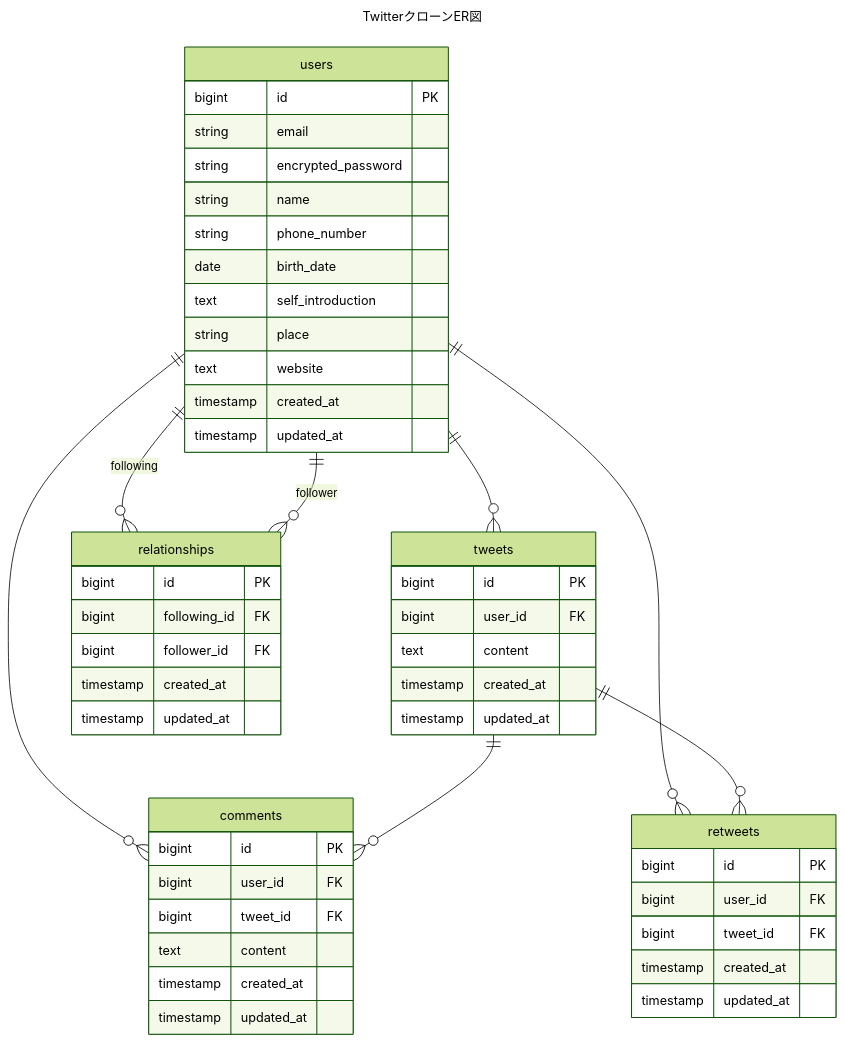
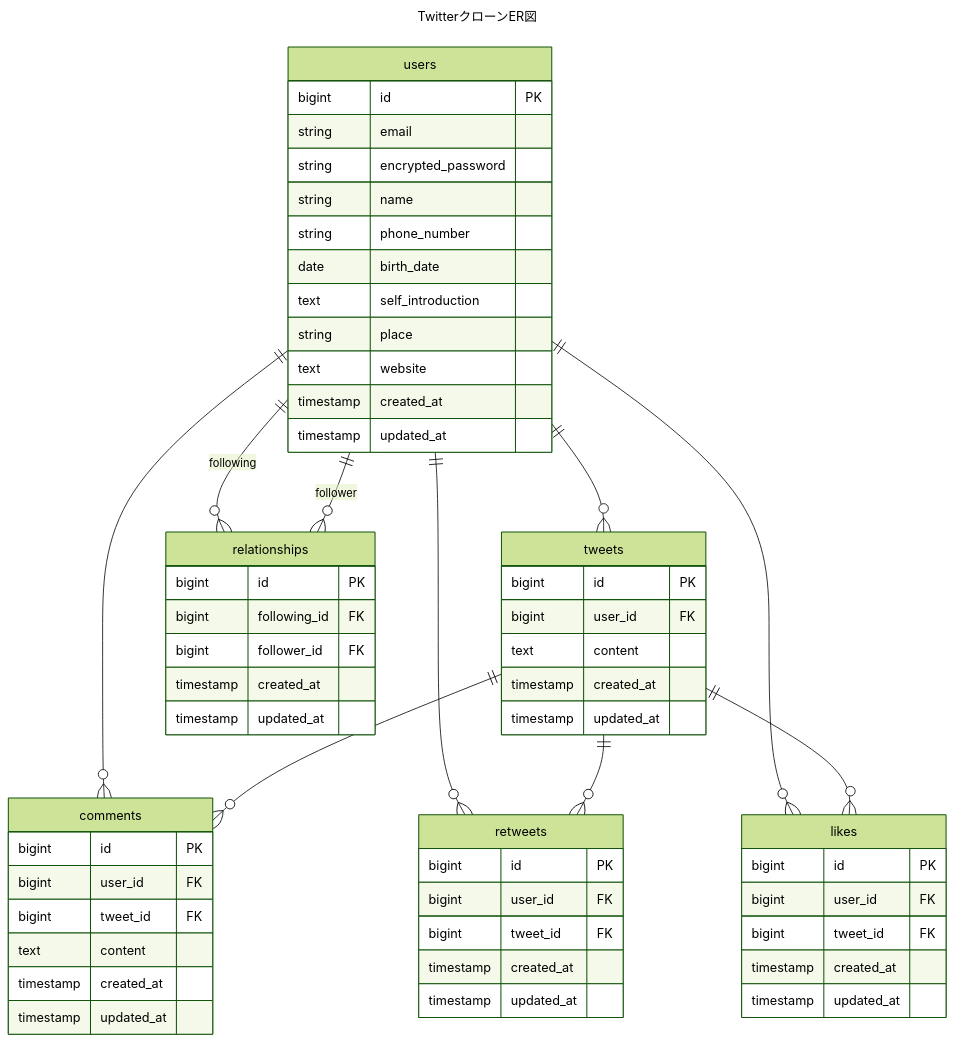
Before and after one commit to jin-hatanaka/twitter_clone: the diagram in README.md, drawn with Mermaid (forest theme).

````diff
--- a/README.md
+++ b/README.md
@@ -28,60 +28,71 @@
 ```mermaid
 ---
 title: "TwitterクローンER図"
 ---
 erDiagram
     users ||--o{ tweets : ""
     users ||--o{ relationships : "following"
     users ||--o{ relationships : "follower"
     users ||--o{ comments : ""
     tweets ||--o{ comments : ""
     users ||--o{ retweets : ""
     tweets ||--o{ retweets : ""
+    users ||--o{ likes : ""
+    tweets ||--o{ likes : ""
 
     users {
         bigint id PK
         string email
         string encrypted_password
         string name
         string phone_number
         date birth_date
         text self_introduction
         string place
         text website
         timestamp created_at
         timestamp updated_at
     }
 
     tweets {
         bigint id PK
         bigint user_id FK
         text content
         timestamp created_at
         timestamp updated_at
     }
 
     relationships {
         bigint id PK
         bigint following_id FK
         bigint follower_id FK
         timestamp created_at
         timestamp updated_at
     }
 
     comments {
         bigint id PK
         bigint user_id FK
         bigint tweet_id FK
         text content
         timestamp created_at
         timestamp updated_at
     }
 
     retweets {
         bigint id PK
         bigint user_id FK
         bigint tweet_id FK
         timestamp created_at
         timestamp updated_at
-}
+    }
+
+    likes {
+        bigint id PK
+        bigint user_id FK
+        bigint tweet_id FK
+        timestamp created_at
+        timestamp updated_at
+    }
+
 ```
````
